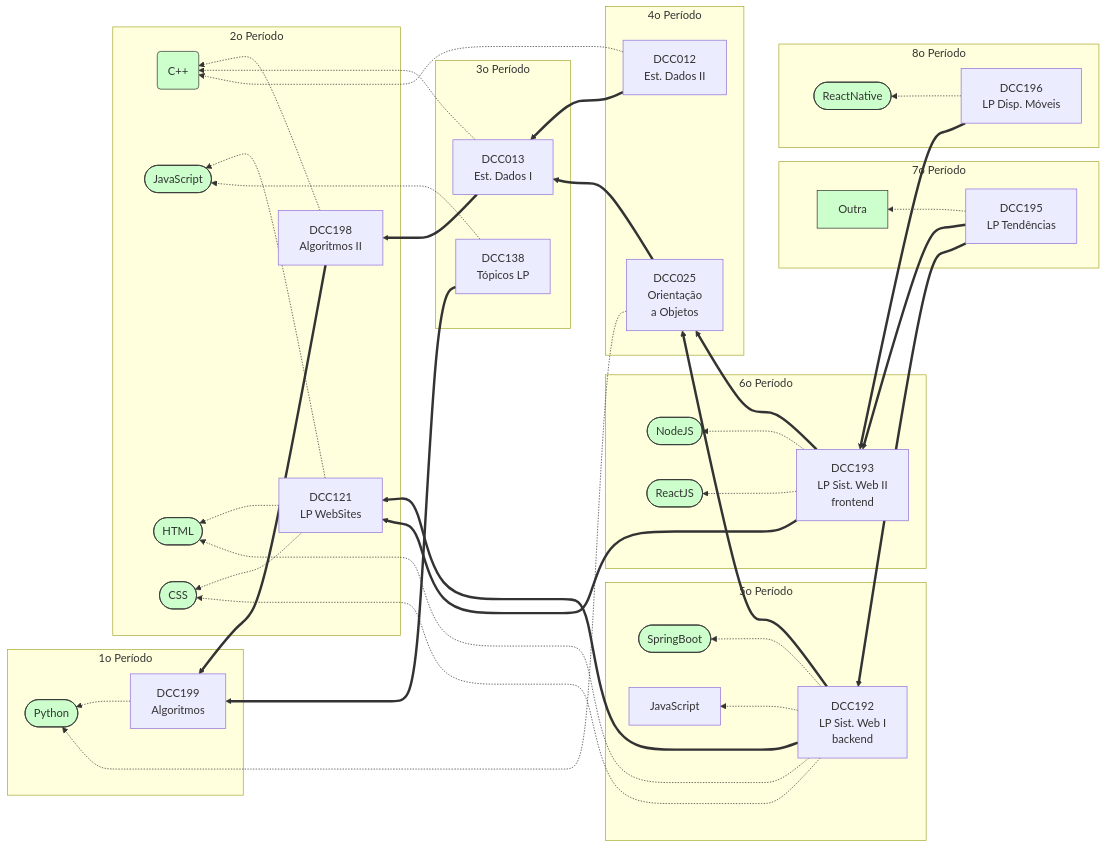
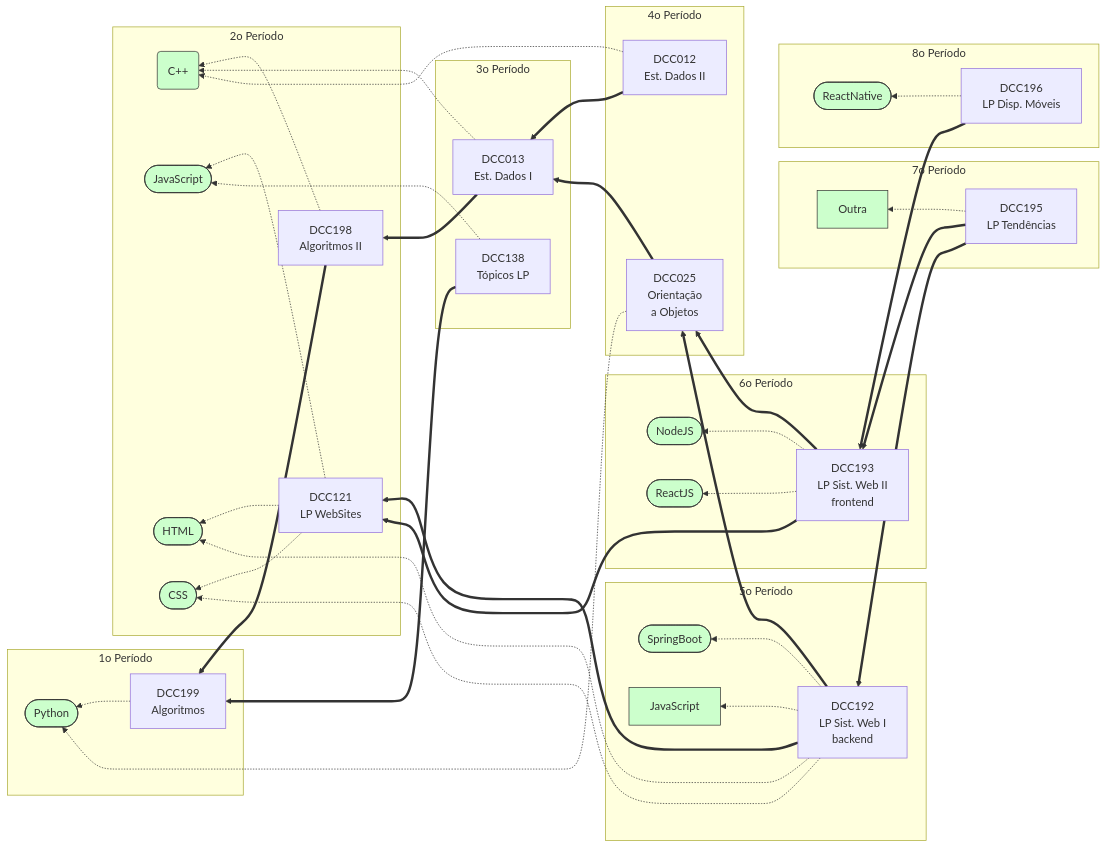
Before and after one commit to igorknop/ufjf-dcc-tech-tree: the second of 2 diagrams in README.md, drawn with Mermaid.

Commit message:
add javascipt as tech

````diff
--- a/README.md
+++ b/README.md
@@ -80,73 +80,73 @@
 ```mermaid
 flowchart RL
 subgraph 1o Período
     DCC199[DCC199\nAlgoritmos]
     DCC199 -.-> Python([Python])
 end
 
 subgraph 2o Período
     DCC198[DCC198\nAlgoritmos II]
     DCC198 ==> DCC199
     DCC198 -.-> CPP(C++)
 
     DCC121[DCC121\nLP WebSites]
     DCC121 -.-> JS([JavaScript])
     DCC121 -.-> HTML([HTML])
     DCC121 -.-> CSS([CSS])
 end
 
 subgraph 3o Período
     DCC013[DCC013\nEst. Dados I]
     DCC013 ==> DCC198
     DCC013 -.-> CPP
 
     DCC138[DCC138\nTópicos LP]
     DCC138 ==> DCC199
     DCC138 -.-> JS
 end
 
 subgraph 4o Período
     DCC012[DCC012\nEst. Dados II]
     DCC012 ==> DCC013
     DCC012 -.-> CPP
 
     DCC025[DCC025\nOrientação\na Objetos]
     DCC025 ==> DCC013
     DCC025 -.-> Python
 end
 
 subgraph 5o Período
     DCC192[DCC192\nLP Sist. Web I\nbackend]
     DCC192 ==> DCC121
     DCC192 ==> DCC025
     DCC192 -.-> SpringBoot([SpringBoot])
     DCC192 -.-> JavaScript
     DCC192 -.-> CSS
     DCC192 -.-> HTML
 end
 
 subgraph 6o Período
     DCC193[DCC193\nLP Sist. Web II\nfrontend]
     DCC193 ==> DCC121
     DCC193 ==> DCC025
     DCC193 -.-> NodeJS([NodeJS])
     DCC193 -.-> ReactJS([ReactJS])
 end
 
 subgraph 7o Período
 DCC195[DCC195\nLP Tendências]
     DCC195 ==> DCC192
     DCC195 ==> DCC193
     DCC195 -.-> Outra
 end
 
 subgraph 8o Período
     DCC196[DCC196\nLP Disp. Móveis]
     DCC196 ==> DCC193
     DCC196 -.-> ReactNative([ReactNative])
 end
 
 
     classDef tech fill:#cfc,stroke:#333,stroke-width:1px
-    class Python,Outra,ReactNative,C,CPP,HTML,CSS,JS,NodeJS,Java,JSP,SpringBoot,ReactJS tech;
+    class Python,JavaScript,ReactNative,C,CPP,HTML,CSS,JS,NodeJS,Java,JSP,SpringBoot,ReactJS,Outra tech;
 ```
````
